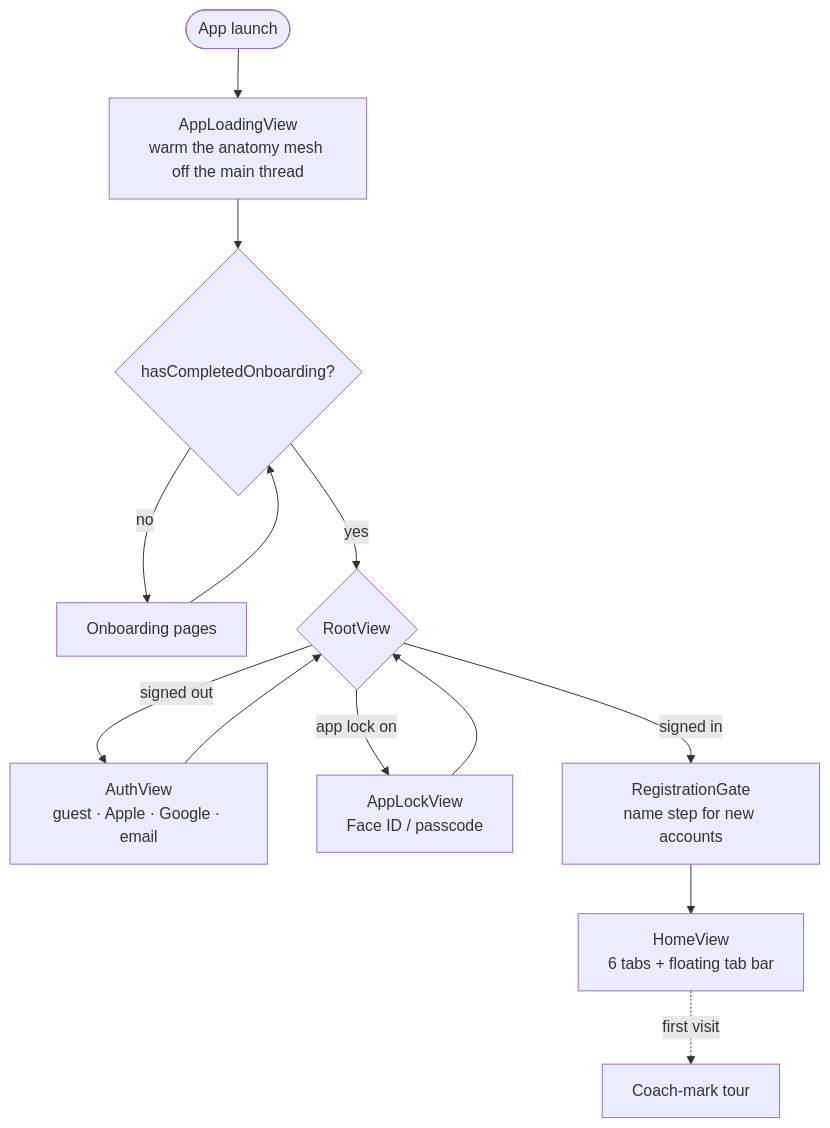
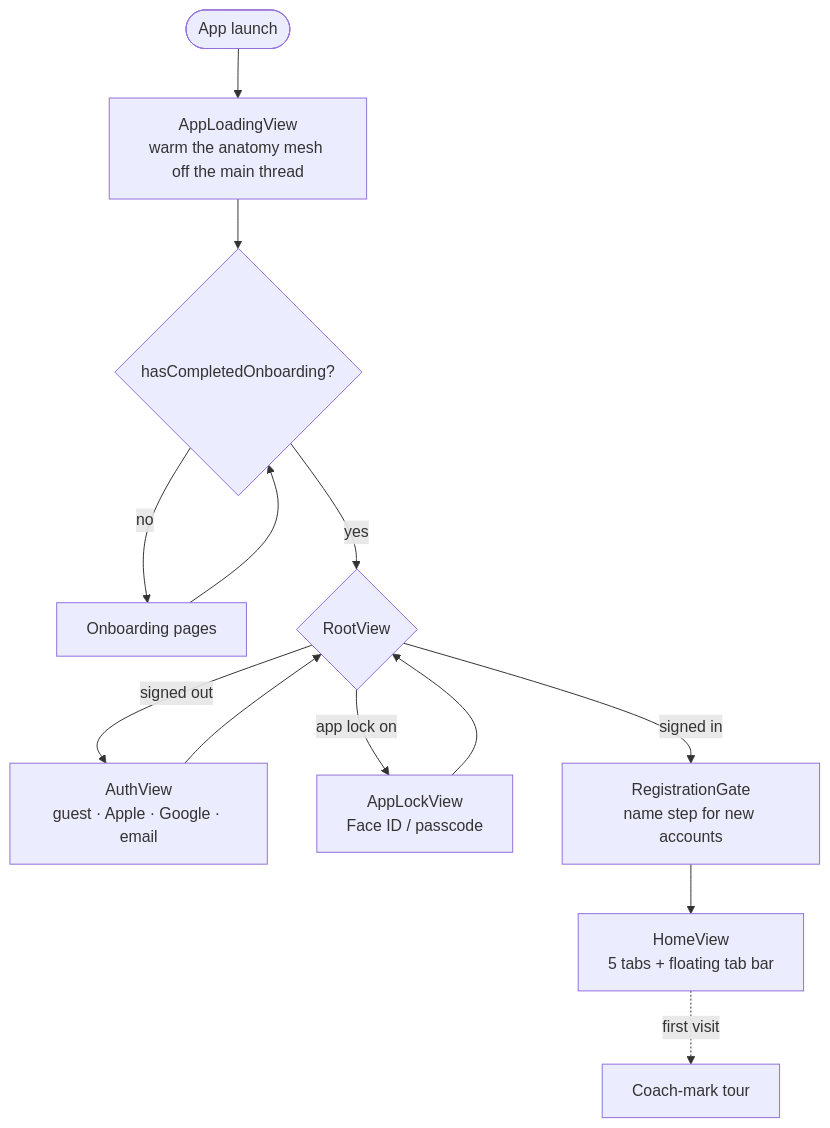
Before and after one commit to jasqnlu/Dial-Down---Breathe-and-Relax: the second of 9 diagrams in README.md, drawn with Mermaid. The commit also changed other lines of this file and 29 other files, not shown here.

````diff
--- a/README.md
+++ b/README.md
@@ -197,14 +197,14 @@
 ```mermaid
 flowchart TD
     L([App launch]) --> S[AppLoadingView<br/>warm the anatomy mesh off the main thread]
     S --> OG{hasCompletedOnboarding?}
     OG -- no --> OB[Onboarding pages] --> OG
     OG -- yes --> RV{RootView}
     RV -- signed out --> AU[AuthView<br/>guest · Apple · Google · email]
     RV -- app lock on --> LK[AppLockView<br/>Face ID / passcode]
     RV -- signed in --> RG[RegistrationGate<br/>name step for new accounts]
     AU --> RV
     LK --> RV
-    RG --> H[HomeView<br/>6 tabs + floating tab bar]
+    RG --> H[HomeView<br/>5 tabs + floating tab bar]
     H -. first visit .-> TOUR[Coach-mark tour]
 ```
````
